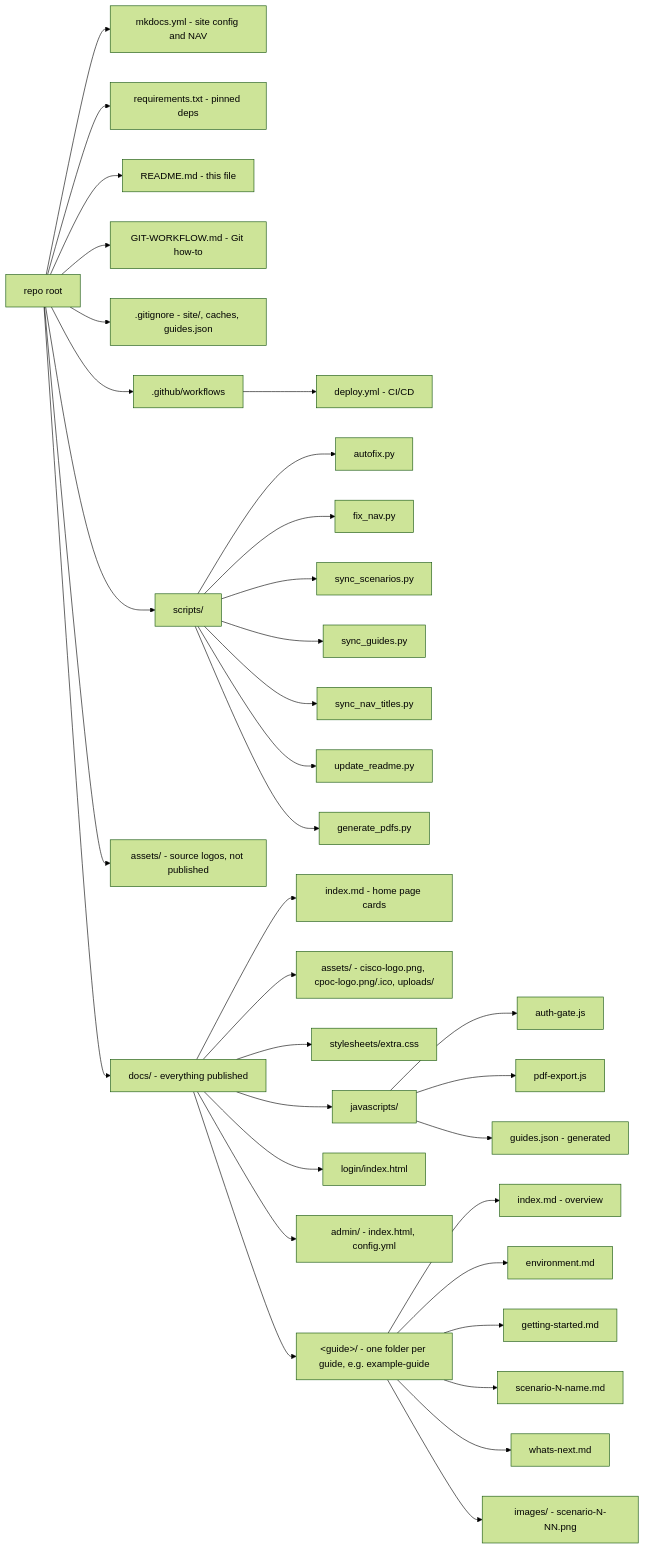
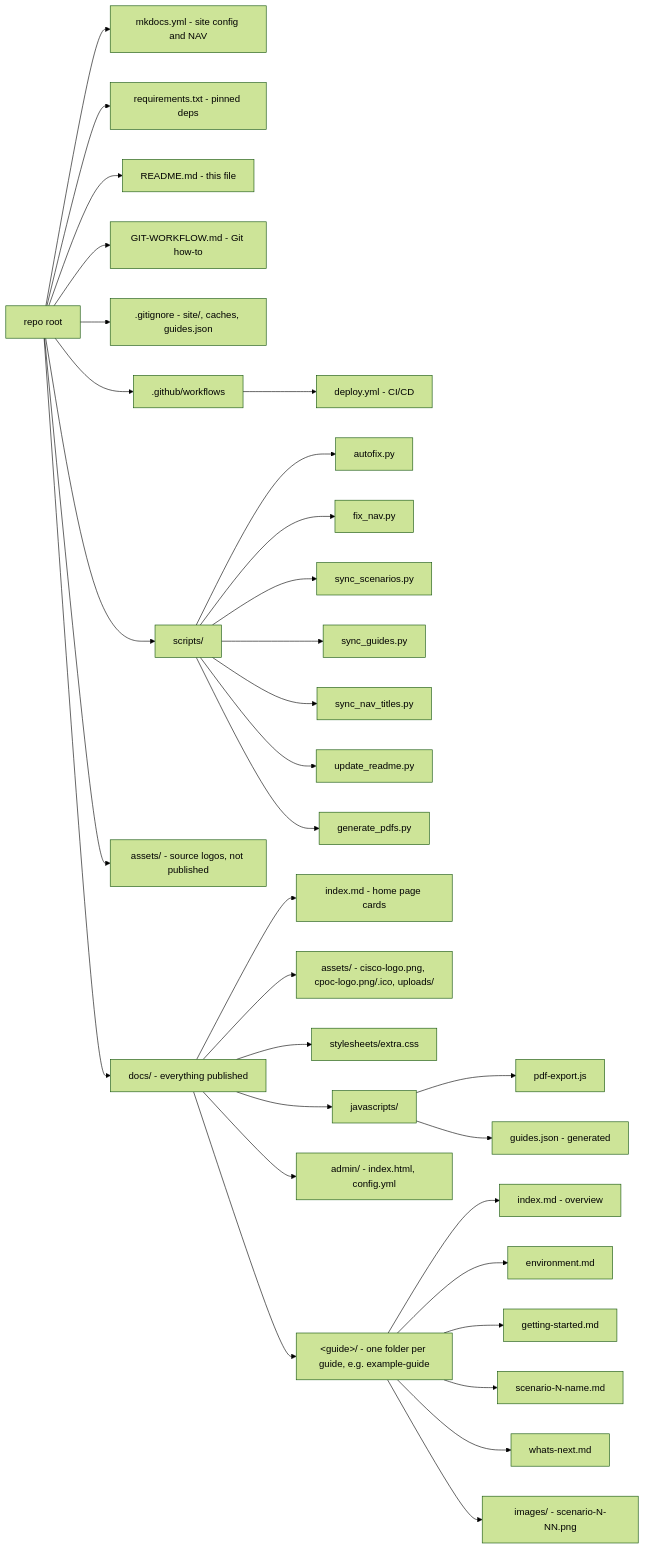
The second of 7 diagrams in README.md (cpoc-labs/CPOC_lab_guides_template), drawn with Mermaid (forest theme) before and after one commit. The commit also changed other lines of this file and 17 other files, not shown here.

````diff
--- a/README.md
+++ b/README.md
@@ -406,42 +400,40 @@
 ```mermaid
 flowchart LR
     ROOT["repo root"]
 
     ROOT --> F1["mkdocs.yml - site config and NAV"]
     ROOT --> F2["requirements.txt - pinned deps"]
     ROOT --> F3["README.md - this file"]
     ROOT --> F4["GIT-WORKFLOW.md - Git how-to"]
     ROOT --> F5[".gitignore - site/, caches, guides.json"]
 
     ROOT --> GH[".github/workflows"]
     GH --> GH1["deploy.yml - CI/CD"]
 
     ROOT --> SC["scripts/"]
     SC --> SC1["autofix.py"]
     SC --> SC2["fix_nav.py"]
     SC --> SC3["sync_scenarios.py"]
     SC --> SC4["sync_guides.py"]
     SC --> SC5["sync_nav_titles.py"]
     SC --> SC6["update_readme.py"]
     SC --> SC7["generate_pdfs.py"]
 
     ROOT --> AS["assets/ - source logos, not published"]
 
     ROOT --> DOCS["docs/ - everything published"]
     DOCS --> D1["index.md - home page cards"]
     DOCS --> DA["assets/ - cisco-logo.png, cpoc-logo.png/.ico, uploads/"]
     DOCS --> DS["stylesheets/extra.css"]
     DOCS --> DJ["javascripts/"]
-    DJ --> DJ1["auth-gate.js"]
     DJ --> DJ2["pdf-export.js"]
     DJ --> DJ3["guides.json - generated"]
-    DOCS --> DL["login/index.html"]
     DOCS --> DM["admin/ - index.html, config.yml"]
     DOCS --> DG["&lt;guide&gt;/ - one folder per guide, e.g. example-guide"]
     DG --> G1["index.md - overview"]
     DG --> G2["environment.md"]
     DG --> G3["getting-started.md"]
     DG --> G4["scenario-N-name.md"]
     DG --> G5["whats-next.md"]
     DG --> G6["images/ - scenario-N-NN.png"]
 ```
````
